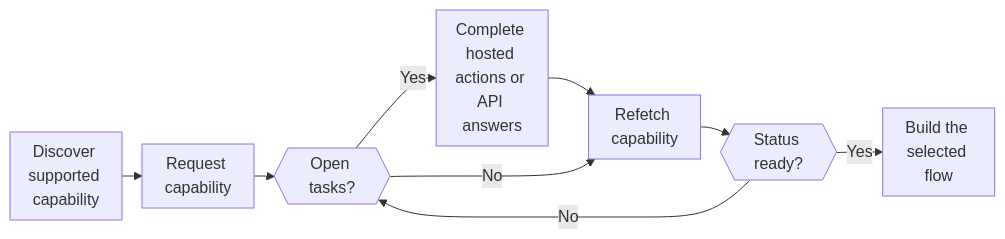
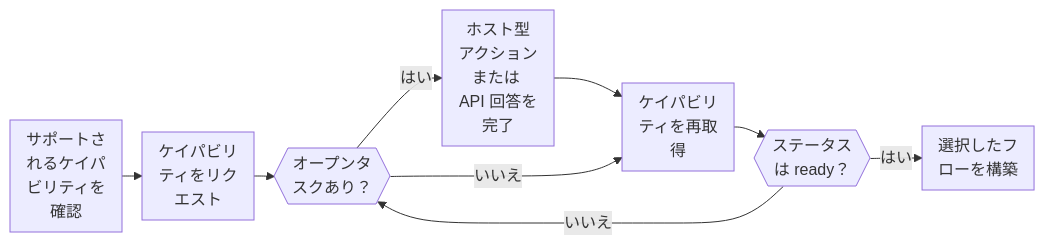
One commit to swipelux/public-docs changed the diagram in jp/integration/onboarding/capabilities-and-requirements.mdx. Above: the diagram before and after it, drawn with Mermaid. The commit also changed other lines of this file and 285 other files, not shown here.

````diff
--- a/jp/integration/onboarding/capabilities-and-requirements.mdx
+++ b/jp/integration/onboarding/capabilities-and-requirements.mdx
@@ -8,12 +8,12 @@
 ```mermaid
 %%{init: {"flowchart": {"rankSpacing": 20, "nodeSpacing": 16, "wrappingWidth": 80, "padding": 8}}}%%
 flowchart LR
-  A["Discover supported capability"] --> B["Request capability"]
-  B --> C{{"Open tasks?"}}
-  C -->|"Yes"| D["Complete hosted actions or API answers"]
-  D --> E["Refetch capability"]
-  C -->|"No"| E
-  E --> F{{"Status ready?"}}
-  F -->|"No"| C
-  F -->|"Yes"| G["Build the selected flow"]
+  A["サポートされるケイパビリティを確認"] --> B["ケイパビリティをリクエスト"]
+  B --> C{{"オープンタスクあり？"}}
+  C -->|"はい"| D["ホスト型アクションまたは API 回答を完了"]
+  D --> E["ケイパビリティを再取得"]
+  C -->|"いいえ"| E
+  E --> F{{"ステータスは ready？"}}
+  F -->|"いいえ"| C
+  F -->|"はい"| G["選択したフローを構築"]
 ```
````
